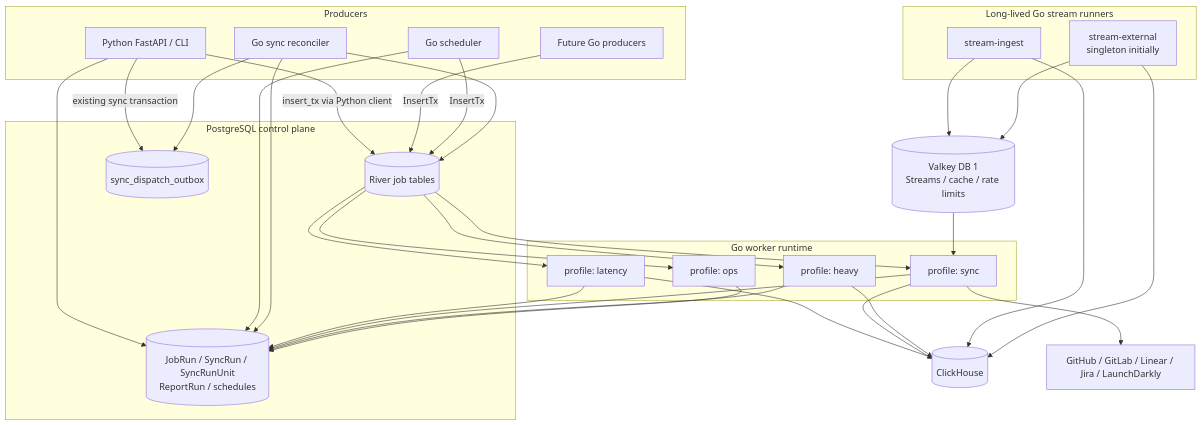
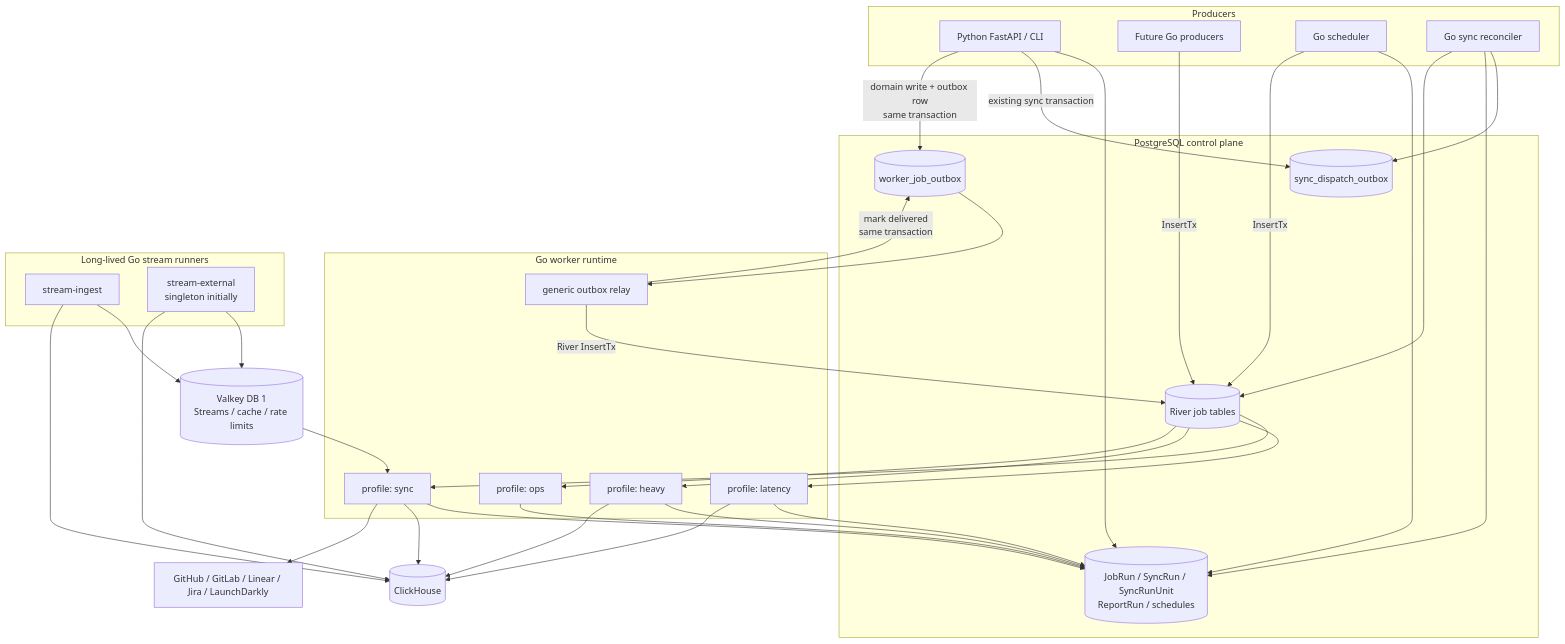
The third of 7 diagrams in docs/architecture/go-worker-runtime-trd.md (full-chaos/dev-health-ops), drawn with Mermaid before and after one commit. The commit also changed other lines of this file and 38 other files, not shown here.

````diff
--- a/docs/architecture/go-worker-runtime-trd.md
+++ b/docs/architecture/go-worker-runtime-trd.md
@@ -133,59 +137,64 @@
 ```mermaid
 flowchart TB
     subgraph Producers
         API[Python FastAPI / CLI]
         GoAPI[Future Go producers]
         Sched[Go scheduler]
         Recon[Go sync reconciler]
     end
 
     subgraph Control["PostgreSQL control plane"]
         River[(River job tables)]
         Domain[(JobRun / SyncRun / SyncRunUnit<br/>ReportRun / schedules)]
         Outbox[(sync_dispatch_outbox)]
+        GenericOutbox[(worker_job_outbox)]
     end
 
     subgraph GoRuntime["Go worker runtime"]
         Latency[profile: latency]
         Sync[profile: sync]
         Heavy[profile: heavy]
         Ops[profile: ops]
+        Relay[generic outbox relay]
     end
 
     subgraph Streams["Long-lived Go stream runners"]
         Ingest[stream-ingest]
         External[stream-external<br/>singleton initially]
     end
 
-    API -->|insert_tx via Python client| River
     API --> Domain
     API -->|existing sync transaction| Outbox
+    API -->|domain write + outbox row<br/>same transaction| GenericOutbox
     GoAPI -->|InsertTx| River
     Sched --> Domain
     Sched -->|InsertTx| River
     Recon --> Outbox
     Recon --> Domain
     Recon --> River
+    GenericOutbox --> Relay
+    Relay -->|River InsertTx| River
+    Relay -->|mark delivered<br/>same transaction| GenericOutbox
 
     River --> Latency
     River --> Sync
     River --> Heavy
     River --> Ops
 
     Latency --> Domain
     Sync --> Domain
     Heavy --> Domain
     Ops --> Domain
 
     Latency --> CH[(ClickHouse)]
     Sync --> CH
     Heavy --> CH
 
     Ingest --> V1[(Valkey DB 1<br/>Streams / cache / rate limits)]
     External --> V1
     Ingest --> CH
     External --> CH
 
     Sync --> Providers[GitHub / GitLab / Linear / Jira / LaunchDarkly]
     V1 --> Sync
 ```
````
